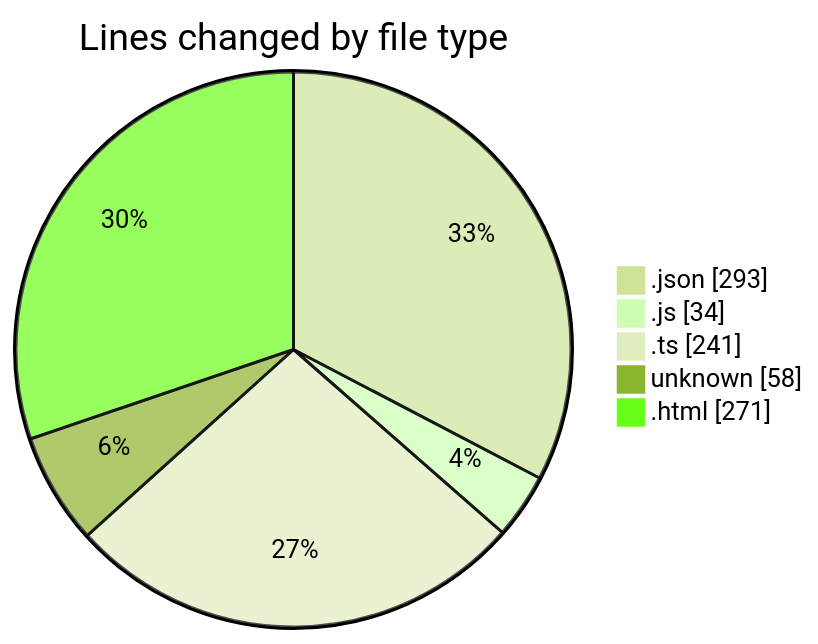
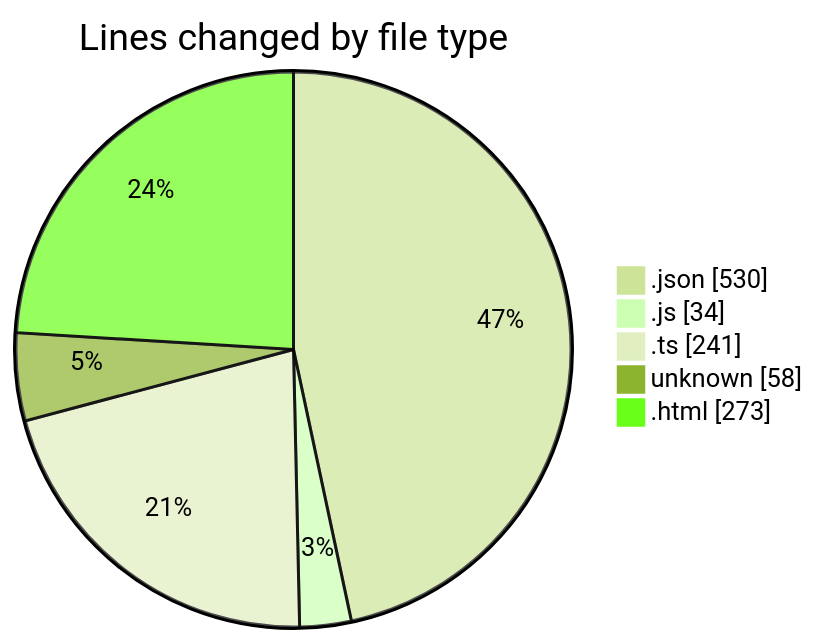
Before and after one commit to momahboobian/code-tracking: the first of 2 diagrams in 2025-05-12/news-clock-system-caspercg/README.md, drawn with Mermaid (forest theme). The commit also changed other lines of this file and 1 other file, not shown here.

Commit message:
type(news-clock-system-caspercg): Adjusted lines added, removed, net change, and active time for the project. Also, updated README file to reflect changes in line counts and total duration. Modified files: 2025-05-12/activity.json, 2025-05-12/news-clock-system-caspercg/README.md

````diff
--- a/2025-05-12/news-clock-system-caspercg/README.md
+++ b/2025-05-12/news-clock-system-caspercg/README.md
@@ -32,9 +33,9 @@
 ```mermaid
 pie showData
 title Lines changed by file type
-".json" : 293
+".json" : 530
 ".js" : 34
 ".ts" : 241
 "unknown" : 58
-".html" : 271
+".html" : 273
 ```
````
